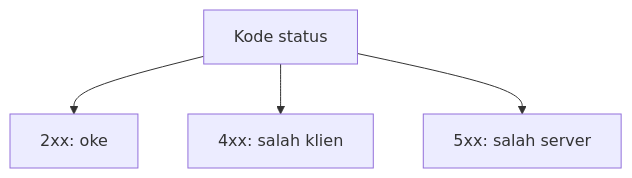
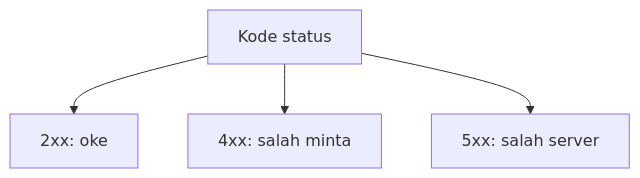
Before and after one commit to antonprafanto/mobile2026: the third of 7 diagrams in modul-07-rest/README.md, drawn with Mermaid. The commit also changed other lines of this file and 4 other files, not shown here.

````diff
--- a/modul-07-rest/README.md
+++ b/modul-07-rest/README.md
@@ -157,6 +158,6 @@
 ```mermaid
 flowchart TB
   Kode["Kode status"] --> Dua["2xx: oke"]
-  Kode --> Empat["4xx: salah klien"]
+  Kode --> Empat["4xx: salah minta"]
   Kode --> Lima["5xx: salah server"]
 ```
````
